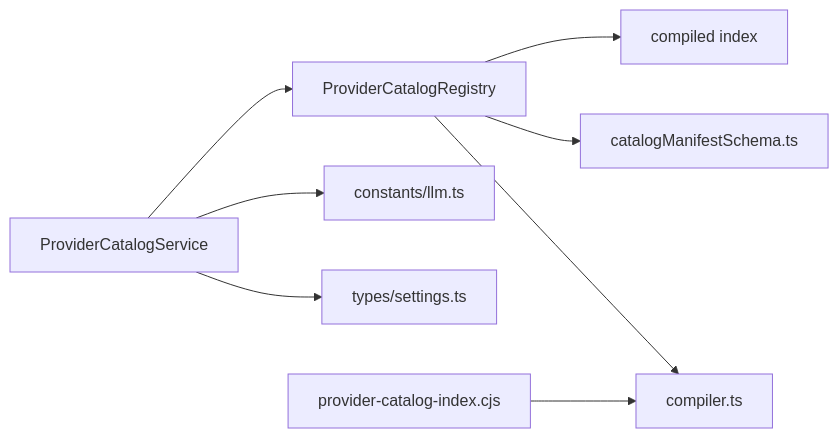
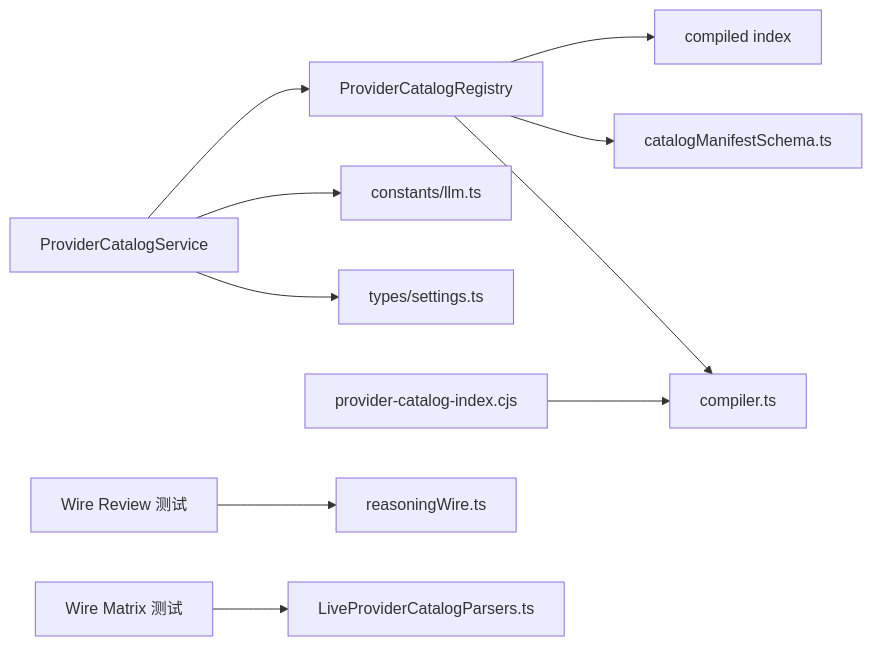
Before and after one commit to haolange/RDC-Agent: the sixth of 7 diagrams in .qoder/repowiki/zh/content/核心模块/Provider 系统/Provider 目录管理.md, drawn with Mermaid. The commit also changed other lines of this file and 80 other files, not shown here.

````diff
--- a/.qoder/repowiki/zh/content/核心模块/Provider 系统/Provider 目录管理.md
+++ b/.qoder/repowiki/zh/content/核心模块/Provider 系统/Provider 目录管理.md
@@ -400,10 +459,12 @@
 ```mermaid
 graph LR
 Service["ProviderCatalogService"] --> Reg["ProviderCatalogRegistry"]
 Service --> Const["constants/llm.ts"]
 Service --> Types["types/settings.ts"]
 Reg --> Index["compiled index"]
 Reg --> Schema["catalogManifestSchema.ts"]
 Reg --> Compiler["compiler.ts"]
 Script["provider-catalog-index.cjs"] --> Compiler
+WireTest["Wire Review 测试"] --> Reasoning["reasoningWire.ts"]
+WireMatrix["Wire Matrix 测试"] --> Parsers["LiveProviderCatalogParsers.ts"]
 ```
````
